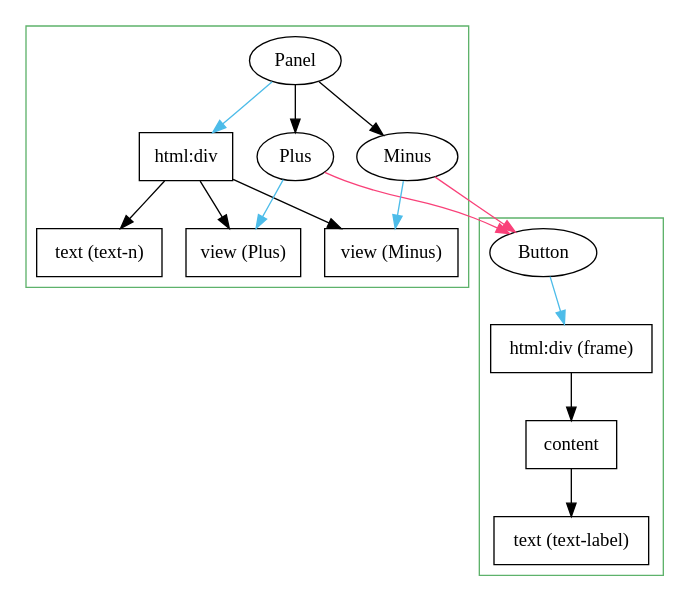
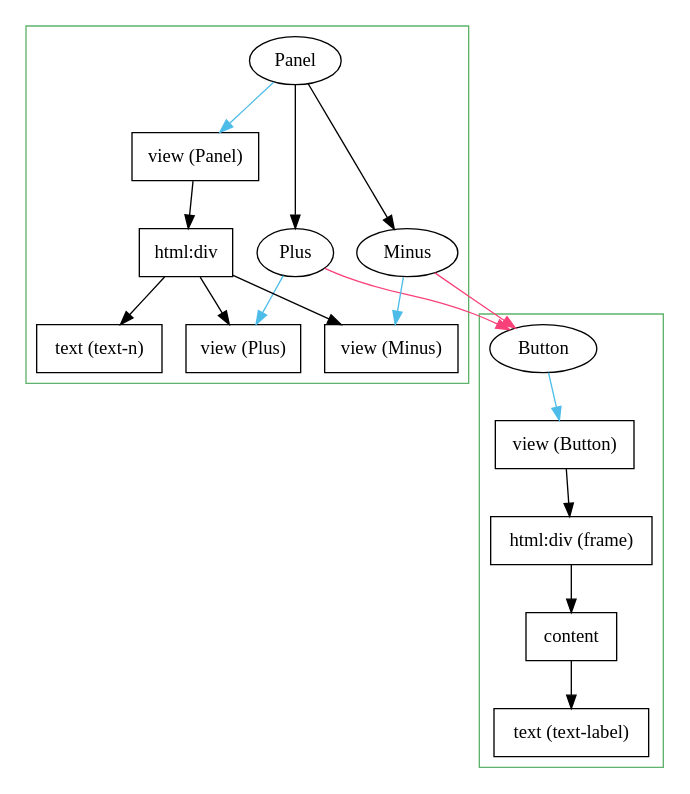
Before and after one commit to bendr/bender: the diagram in spec/fig/panel.gv, drawn with Graphviz. The commit also changed 9 other files, not shown here.

```diff
--- a/spec/fig/panel.gv
+++ b/spec/fig/panel.gv
@@ -1,36 +1,45 @@
 digraph panel {
   node [fontname="Avenir Next"];
   edge [fontname="Avenir Next"];
 
   subgraph cluster_panel {
     color="#5eb26b";
+    Panel [ordering=out]
+    Panel -> vpanel [color="#4dbce9"]
+    Panel -> Plus
+    Panel -> Minus
+
+    subgraph { rank=same; Plus; Minus }
+
     div1 [label="html:div", shape=box]
+    vpanel [label="view (Panel)", shape=box]
     vminus [label="view (Minus)", shape=box]
     vplus [label="view (Plus)", shape=box]
+
     textn [label="text (text-n)", shape=box]
+    vpanel -> div1
+    div1 -> textn
     div1 -> vminus
-    div1 -> textn
     div1 -> vplus
 
-    Panel -> div1 [color="#4dbce9"]
     Plus -> vplus [color="#4dbce9"]
     Minus -> vminus [color="#4dbce9"]
-    Panel -> Plus
-    Panel -> Minus
   }
 
   subgraph cluster_button {
     color="#5eb26b";
 
-    Button -> frame [color="#4dbce9"]
+    Button -> vbutton [color="#4dbce9"]
+    vbutton [label="view (Button)", shape=box]
     frame [label="html:div (frame)", shape=box]
     content [shape=box]
     textlabel [label="text (text-label)", shape=box]
+    vbutton -> frame
     frame -> content
     content -> textlabel
 
     Minus -> Button [color="#f94179"]
     Plus -> Button [color="#f94179"]
   }
 
 }
```
